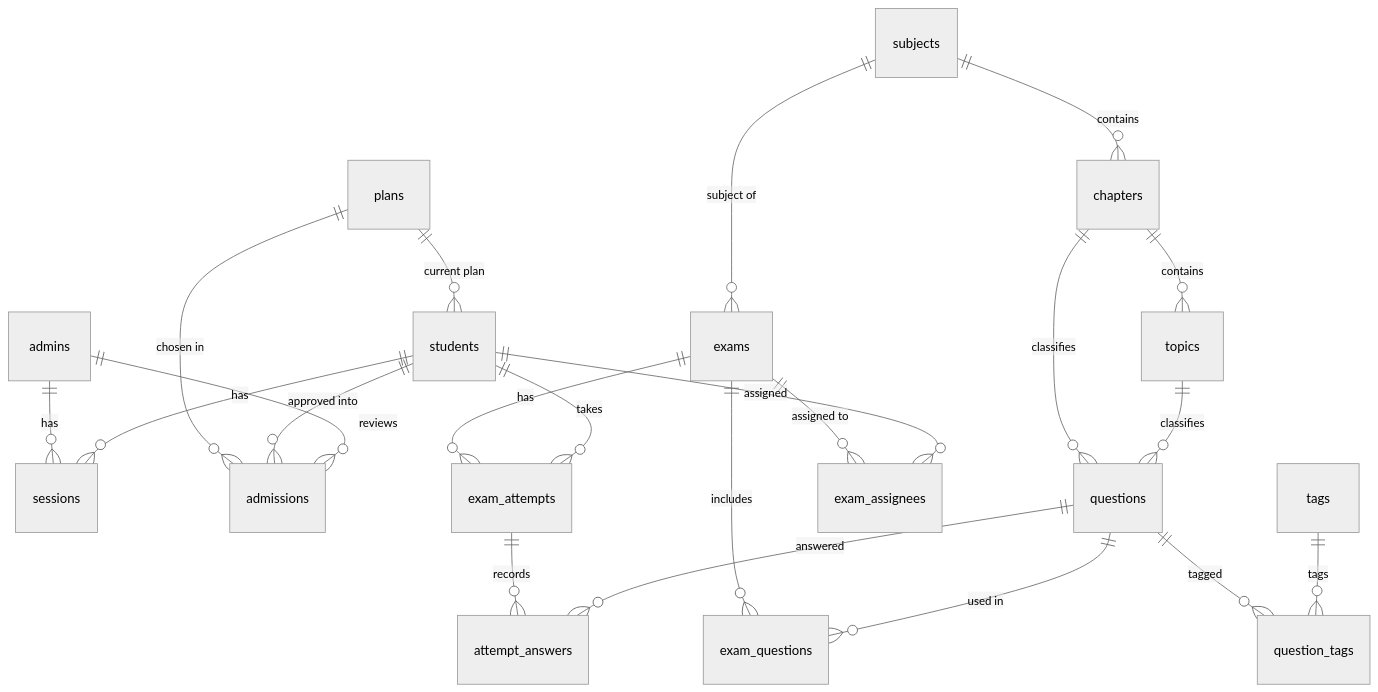
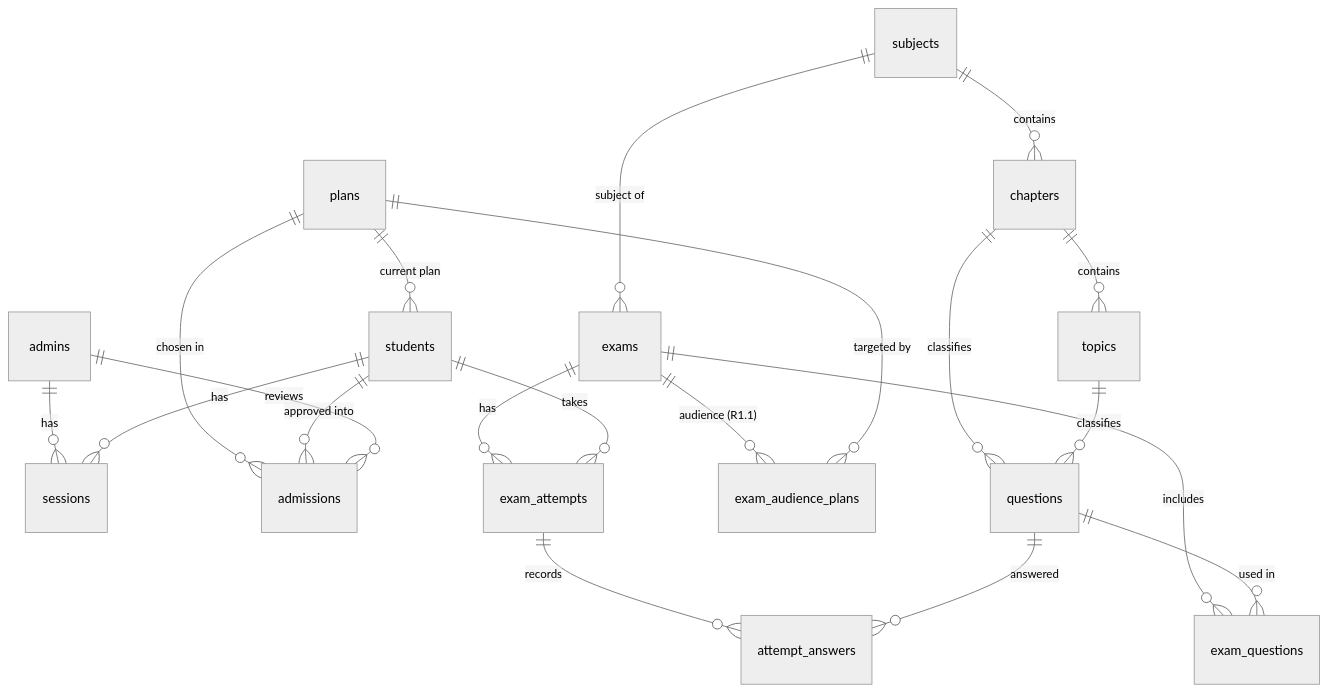
One commit to I-yasir/ByteSizeICT changed the diagram in docs/05_Schema.md. Above: the diagram before and after it, drawn with Mermaid (neutral theme). The commit also changed other lines of this file and 13 other files, not shown here.

````diff
--- a/docs/05_Schema.md
+++ b/docs/05_Schema.md
@@ -9,24 +9,22 @@
 ```mermaid
 erDiagram
   admins ||--o{ sessions : has
   students ||--o{ sessions : has
   plans ||--o{ admissions : "chosen in"
   plans ||--o{ students : "current plan"
   students ||--o{ admissions : "approved into"
   admins ||--o{ admissions : reviews
   subjects ||--o{ chapters : contains
   chapters ||--o{ topics : contains
   chapters ||--o{ questions : classifies
   topics ||--o{ questions : classifies
-  questions ||--o{ question_tags : tagged
-  tags ||--o{ question_tags : tags
   subjects ||--o{ exams : "subject of"
   exams ||--o{ exam_questions : includes
   questions ||--o{ exam_questions : "used in"
-  exams ||--o{ exam_assignees : "assigned to"
-  students ||--o{ exam_assignees : assigned
+  exams ||--o{ exam_audience_plans : "audience (R1.1)"
+  plans ||--o{ exam_audience_plans : "targeted by"
   exams ||--o{ exam_attempts : has
   students ||--o{ exam_attempts : takes
   exam_attempts ||--o{ attempt_answers : records
   questions ||--o{ attempt_answers : answered
 ```
````
